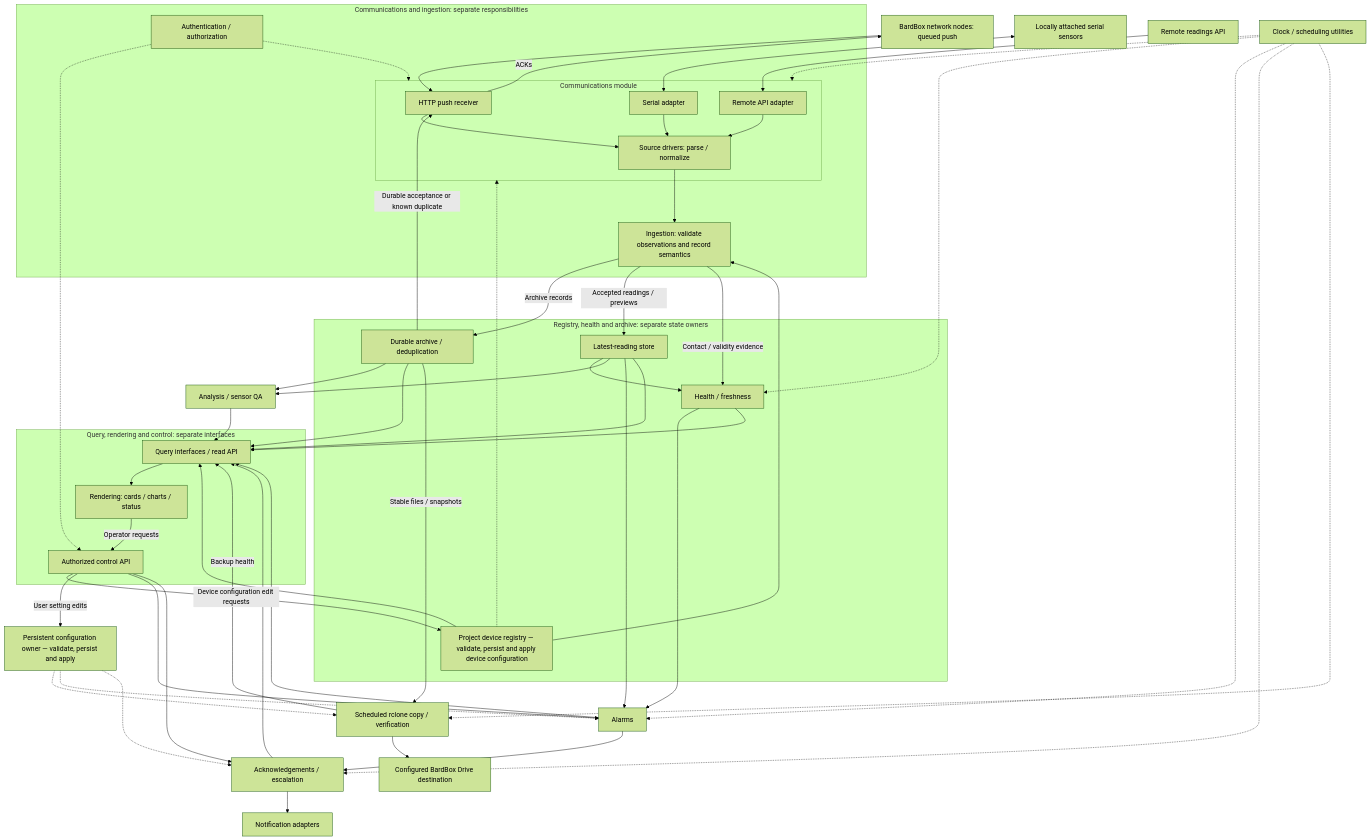
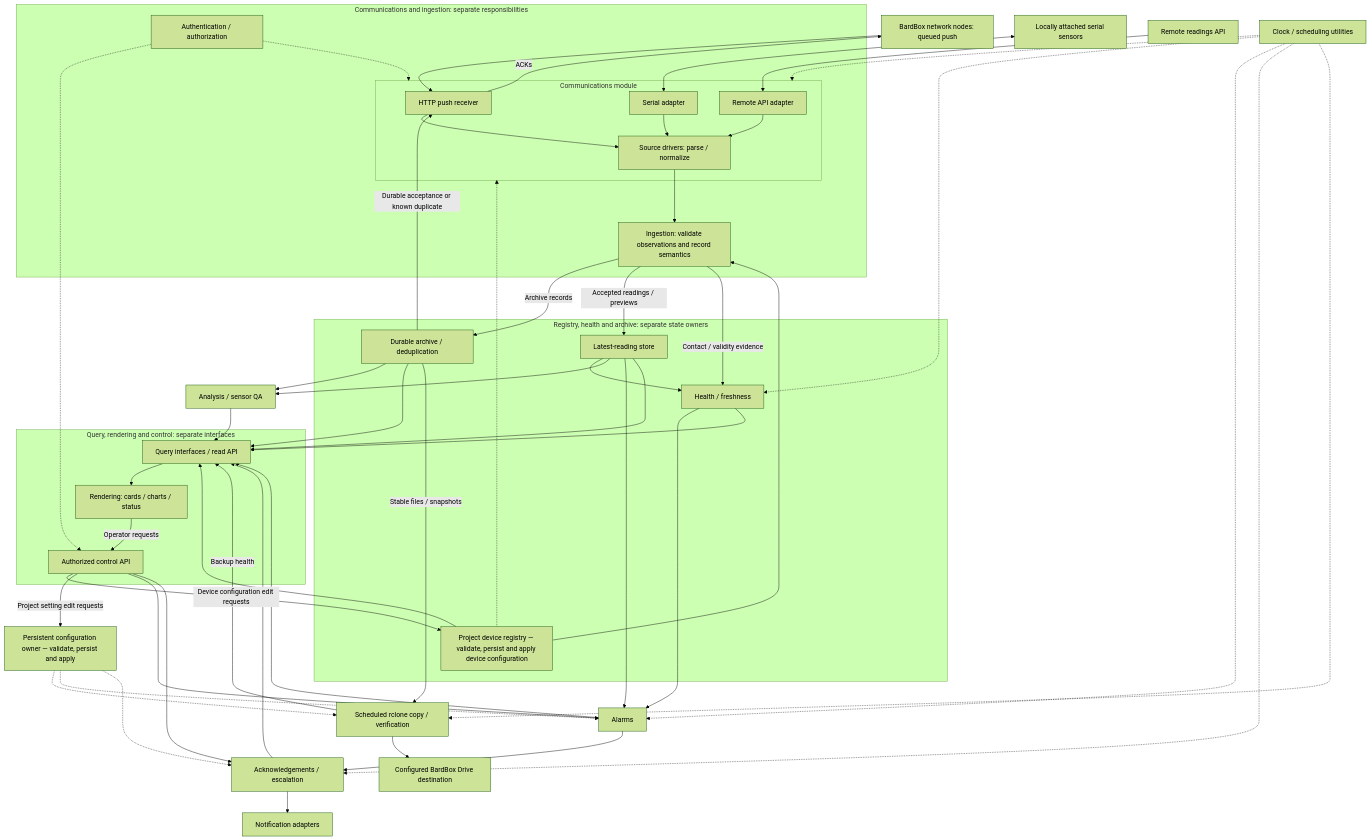
The second of 3 diagrams in docs/architecture-map.md (bardphysicslab/bardbox), drawn with Mermaid (forest theme) before and after one commit. The commit also changed 1 other file, not shown here.

Commit message:
Clarify error diagnostics, source comparison and unconfigured clock policy
Define bounded non-2xx error bodies and adapter-owned trusted digest context.
Clarify continuing retries and preserve parseable unknown-quality device time
without freshness until the project declares its policy.

````diff
--- a/docs/architecture-map.md
+++ b/docs/architecture-map.md
@@ -91,58 +91,58 @@
 ```mermaid
 flowchart TB
     Nodes["BardBox network nodes: queued push"] --> Push
     Push -->|ACKs| Nodes
     Local["Locally attached serial sensors"] <--> Serial
     Remote["Remote readings API"] --> Fetch
     subgraph AcquisitionBoundary["Communications and ingestion: separate responsibilities"]
         subgraph Communications["Communications module"]
             Push["HTTP push receiver"] --> Normalize["Source drivers: parse / normalize"]
             Serial["Serial adapter"] --> Normalize
             Fetch["Remote API adapter"] --> Normalize
         end
         Auth["Authentication / authorization"] -.-> Communications
         Normalize --> Ingest["Ingestion: validate observations and record semantics"]
     end
     subgraph StateBoundary["Registry, health and archive: separate state owners"]
         Registry["Project device registry — validate, persist and apply device configuration"] --> Ingest
         Registry -.-> Communications
         Ingest -->|Archive records| Archive["Durable archive / deduplication"]
         Archive -->|Durable acceptance or known duplicate| Push
         Ingest -->|Accepted readings / previews| Latest["Latest-reading store"]
         Ingest -->|Contact / validity evidence| Health["Health / freshness"]
         Latest --> Health
     end
     Archive --> Analysis["Analysis / sensor QA"]
     Latest --> Analysis
     Latest --> Alarm["Alarms"]
     Health --> Alarm
     Alarm --> Escalation["Acknowledgements / escalation"]
     Escalation --> Notify["Notification adapters"]
     subgraph PresentationBoundary["Query, rendering and control: separate interfaces"]
         Queries["Query interfaces / read API"] --> Render["Rendering: cards / charts / status"]
         Render -->|Operator requests| Controls["Authorized control API"]
     end
     Registry --> Queries
     Archive --> Queries
     Latest --> Queries
     Health --> Queries
     Analysis --> Queries
     Alarm --> Queries
     Escalation --> Queries
     Auth -.-> Controls
     Controls -->|Device configuration edit requests| Registry
-    Controls -->|User setting edits| Settings["Persistent configuration owner — validate, persist and apply"]
+    Controls -->|Project setting edit requests| Settings["Persistent configuration owner — validate, persist and apply"]
     Controls --> Alarm
     Controls --> Escalation
     Archive -->|Stable files / snapshots| Backup["Scheduled rclone copy / verification"]
     Backup --> Drive["Configured BardBox Drive destination"]
     Backup -->|Backup health| Queries
     Settings -.-> Backup
     Settings -.-> Alarm
     Settings -.-> Escalation
     Timers["Clock / scheduling utilities"] -.-> Communications
     Timers -.-> Health
     Timers -.-> Alarm
     Timers -.-> Escalation
     Timers -.-> Backup
 ```
````
